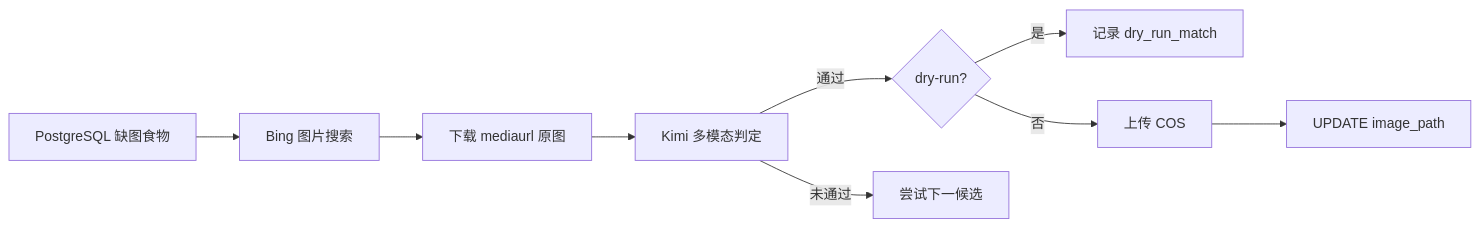
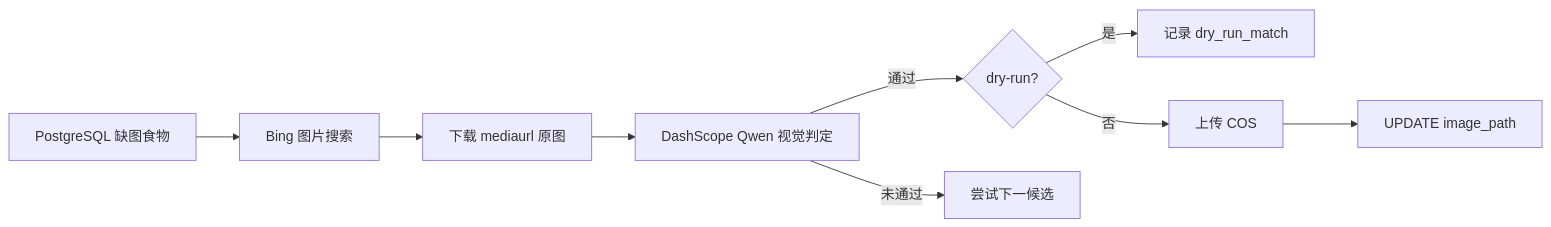
The diagram in backend/README.md (IntelliFit/food_link), drawn with Mermaid before and after one commit. The commit also changed other lines of this file and 17 other files, not shown here.

First line of the commit message:
feat(backfill): switch vision to DashScope Qwen and fix shard tooling

````diff
--- a/backend/README.md
+++ b/backend/README.md
@@ -65,11 +65,11 @@
 ```mermaid
 flowchart LR
   A[PostgreSQL 缺图食物] --> B[Bing 图片搜索]
   B --> C[下载 mediaurl 原图]
-  C --> D[Kimi 多模态判定]
+  C --> D[DashScope Qwen 视觉判定]
   D -->|通过| E{dry-run?}
   E -->|是| F[记录 dry_run_match]
   E -->|否| G[上传 COS]
   G --> H[UPDATE image_path]
   D -->|未通过| I[尝试下一候选]
 ```
````
